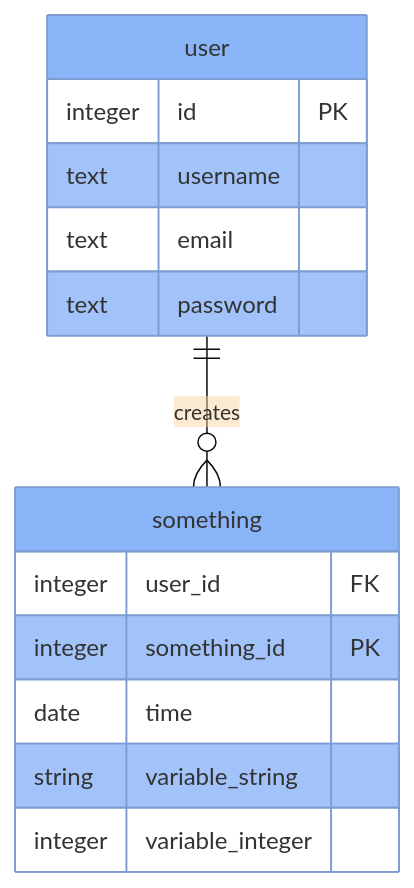
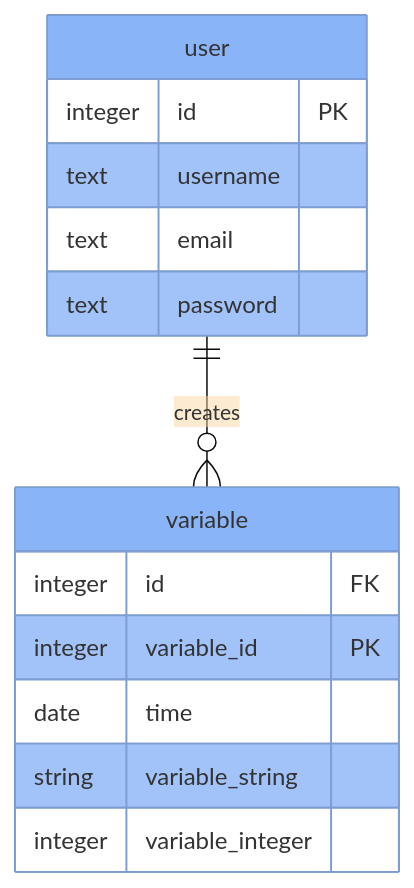
The diagram in _posts/2022-11-15-flask.md (mathbike/mathbike.github.io), drawn with Mermaid before and after one commit.

````diff
--- a/_posts/2022-11-15-flask.md
+++ b/_posts/2022-11-15-flask.md
@@ -73,18 +73,18 @@
 ```mermaid
 %%{init: {'theme': 'base', 'themeVariables': { 'primaryColor': '#8ab4f8', 'textColor': 'black'}}}%%
 erDiagram
-    user ||--o{ something : creates
+    user ||--o{ variable : creates
     user {
         integer id PK
         text username
         text email
         text password
     }
-    something {
-        integer user_id FK
-        integer something_id PK
+    variable {
+        integer id FK
+        integer variable_id PK
         date time
         string variable_string
         integer variable_integer
     }
 ```
````
